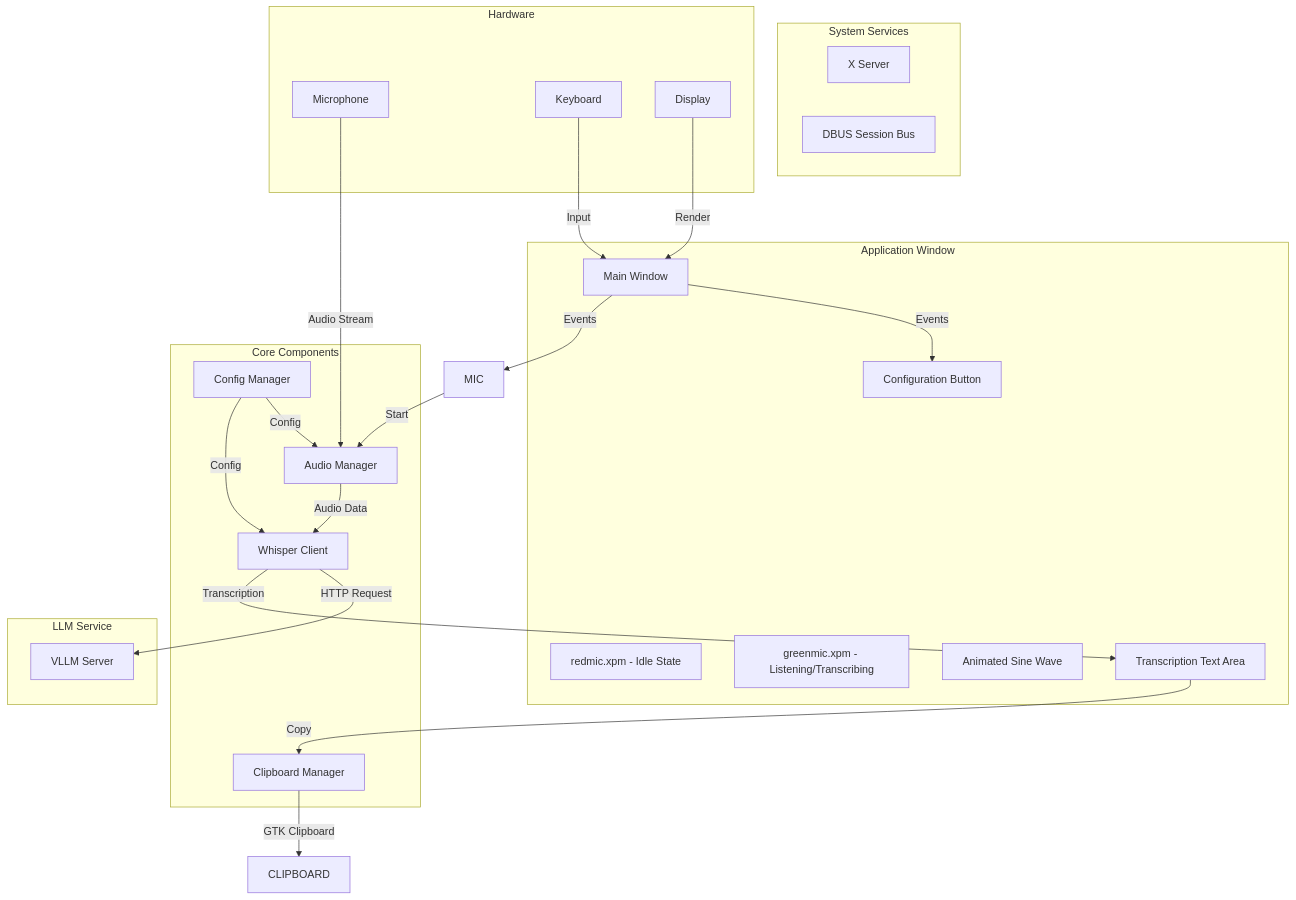
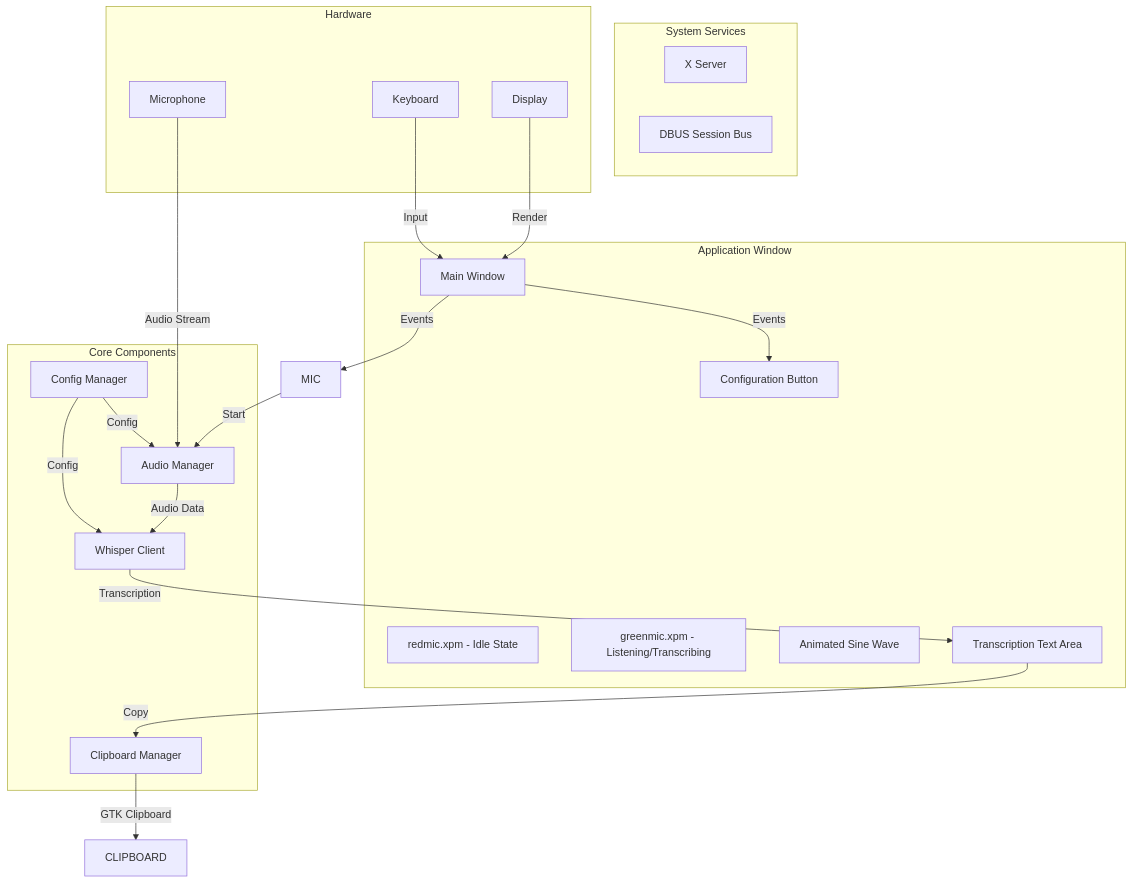
One commit to piyushraizada/transcriber changed the first of 2 diagrams in xwindows-voice-to-text-srs.md. Above: the diagram before and after it, drawn with Mermaid. The commit also changed other lines of this file and 19 other files, not shown here.

````diff
--- a/xwindows-voice-to-text-srs.md
+++ b/xwindows-voice-to-text-srs.md
@@ -142,47 +136,42 @@
 ```mermaid
 graph TB
     subgraph "Application Window"
         WIN[Main Window]
         redmic[redmic.xpm - Idle State]
         greenmic[greenmic.xpm - Listening/Transcribing]
         ANIM[Animated Sine Wave]
         TEXTAREA[Transcription Text Area]
         CFG_BTN[Configuration Button]
     end
     
     subgraph "Core Components"
         AUD[Audio Manager]
         WH[Whisper Client]
         CLIP[Clipboard Manager]
         CFG[Config Manager]
-    end
-    
-    subgraph "LLM Service"
-        VLLM[VLLM Server]
     end
     
     subgraph "System Services"
         XSERVER[X Server]
         DBUS[DBUS Session Bus]
     end
     
     subgraph "Hardware"
         MIC_HW[Microphone]
         KB[Keyboard]
         DIS[Display]
     end
     
     WIN -->|Events| MIC
     WIN -->|Events| CFG_BTN
     MIC -->|Start| AUD
     AUD -->|Audio Data| WH
     WH -->|Transcription| TEXTAREA
     TEXTAREA -->|Copy| CLIP
     CLIP -->|GTK Clipboard| CLIPBOARD
-    WH -->|HTTP Request| VLLM
     CFG -->|Config| WH
     CFG -->|Config| AUD
     MIC_HW -->|Audio Stream| AUD
     KB -->|Input| WIN
     DIS -->|Render| WIN
 ```
````
